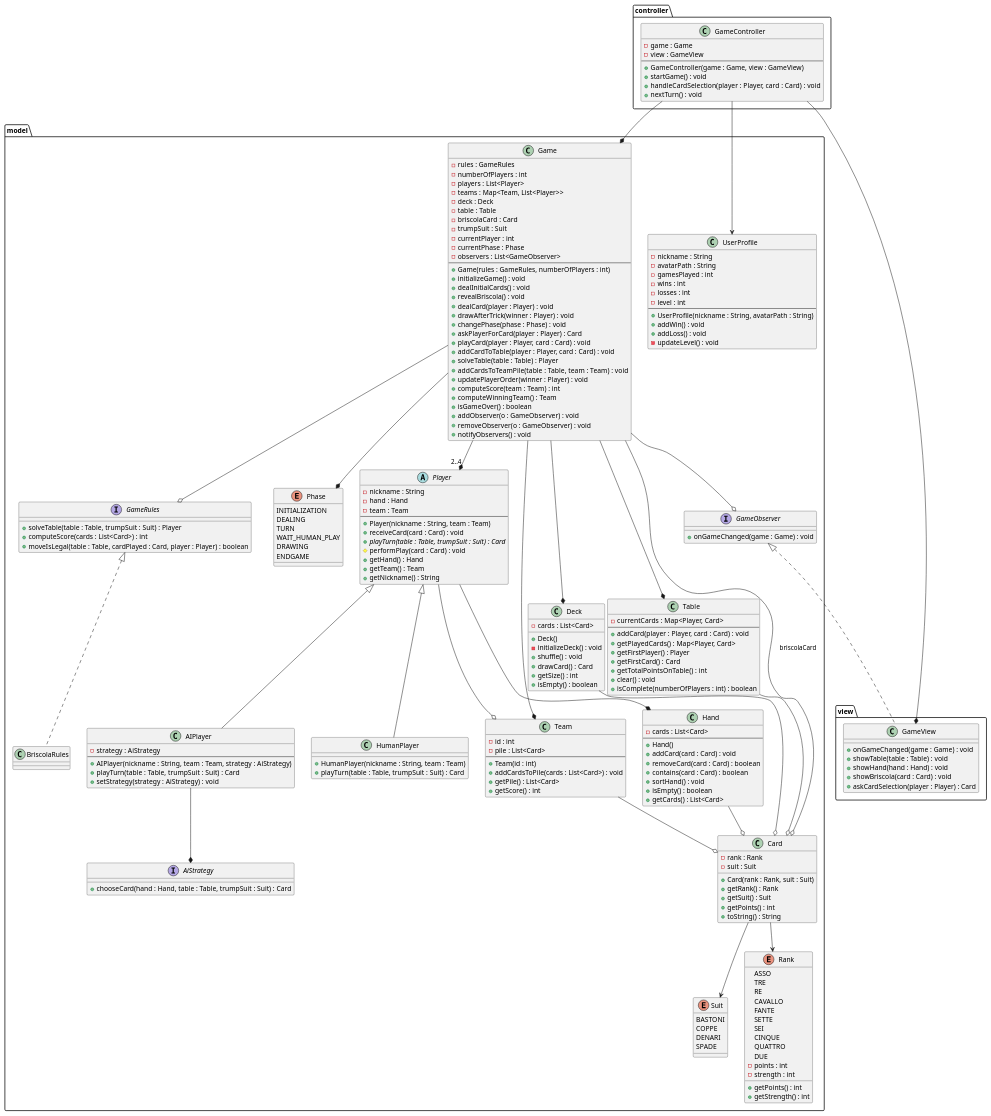
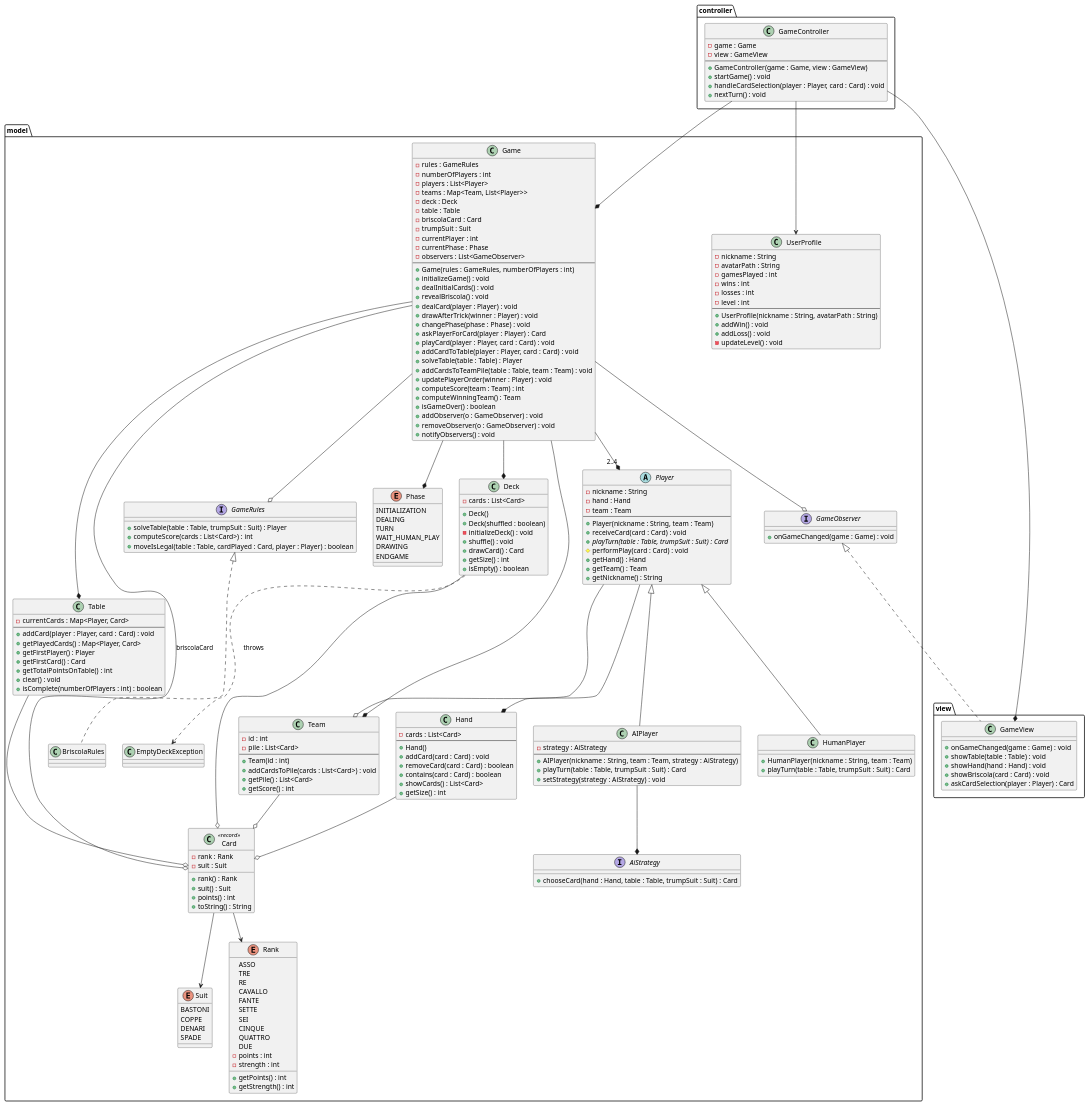
One commit to edodicosimo/JBriscola changed the diagram in docs/briscola.puml. Above: the diagram before and after it, drawn with PlantUML. The commit also changed 2 other files, not shown here.

Commit message:
feat: add Hand.java to represent player's hand

```diff
--- a/docs/briscola.puml
+++ b/docs/briscola.puml
@@ -1,18 +1,21 @@
 @startuml briscola
 package model {
-    class Card {
+    class Card <<record>> {
         - rank : Rank
         - suit : Suit
-        + Card(rank : Rank, suit : Suit)
-        + getRank() : Rank
-        + getSuit() : Suit
-        + getPoints() : int
+        + rank() : Rank
+        + suit() : Suit
+        + points() : int
         + toString() : String
+    }
+
+    class EmptyDeckException {
     }
 
     class Deck {
         - cards : List<Card>
         + Deck()
+        + Deck(shuffled : boolean)
         - initializeDeck() : void
         + shuffle() : void
         + drawCard() : Card
@@ -103,9 +106,8 @@
         + addCard(card : Card) : void
         + removeCard(card : Card) : boolean
         + contains(card : Card) : boolean
-        + sortHand() : void
-        + isEmpty() : boolean
-        + getCards() : List<Card>
+        + showCards() : List<Card>
+        + getSize() : int
     }
 
     class Table {
@@ -190,6 +192,7 @@
     Player --* Hand
     AIPlayer --* AiStrategy
     Deck --o Card
+    Deck ..> EmptyDeckException : throws
     Table --o Card
     Hand --o Card
     Team --o Card
```
